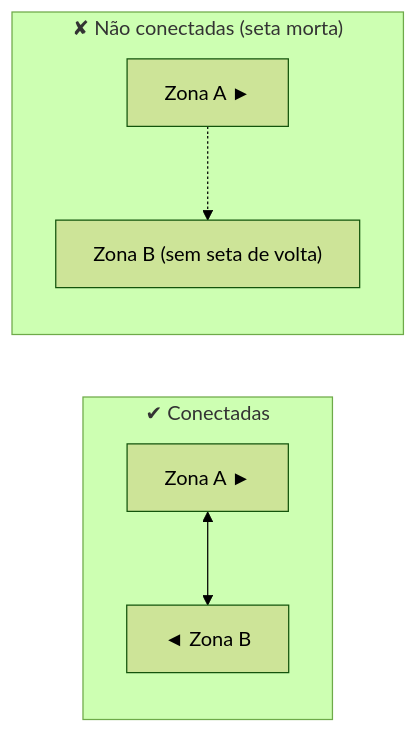
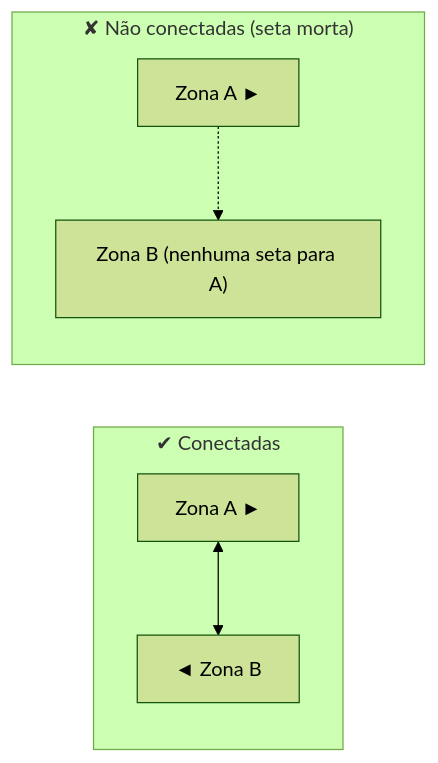
One commit to frnndog-suav/Misadventure_Frontend_V3 changed the second of 17 diagrams in docs/README.md. Above: the diagram before and after it, drawn with Mermaid (forest theme). The commit also changed other lines of this file, not shown here.

````diff
--- a/docs/README.md
+++ b/docs/README.md
@@ -274,9 +282,9 @@
 ```mermaid
 flowchart LR
     subgraph OK["✔ Conectadas"]
         A1["Zona A ►"] <--> B1["◄ Zona B"]
     end
     subgraph NO["✘ Não conectadas (seta morta)"]
-        A2["Zona A ►"] -.-> B2["Zona B (sem seta de volta)"]
+        A2["Zona A ►"] -.-> B2["Zona B (nenhuma seta para A)"]
     end
 ```
````
